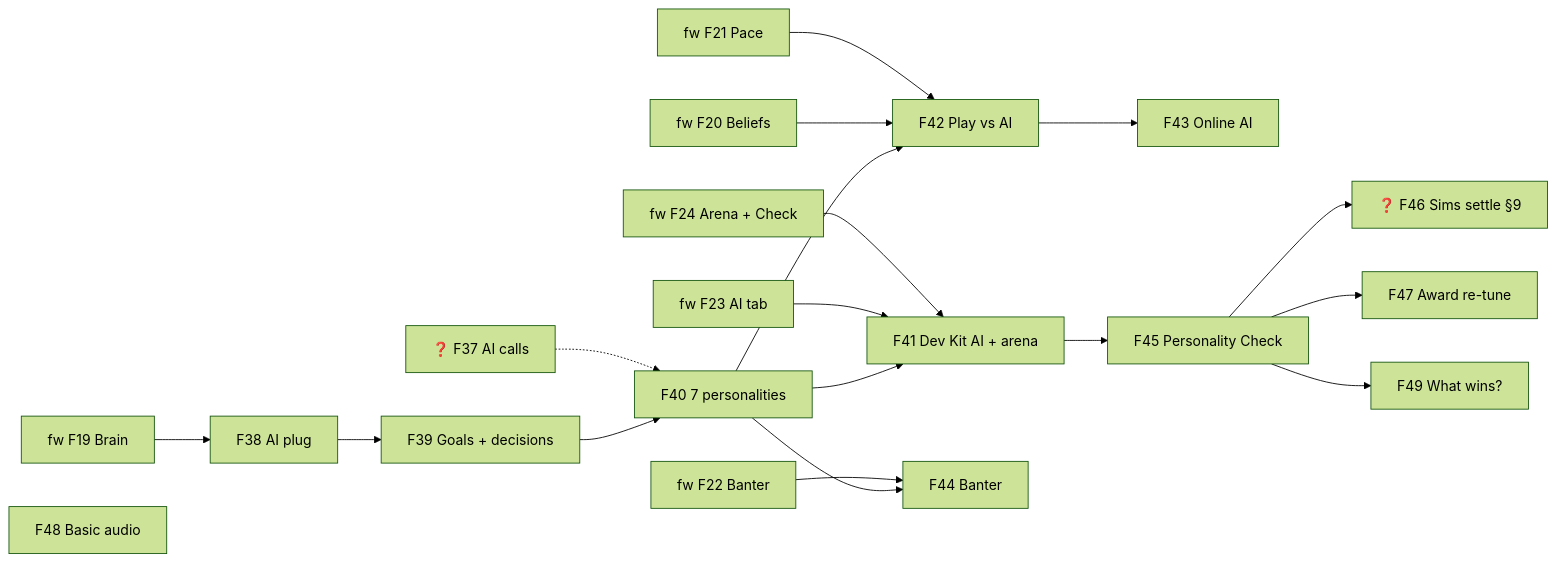
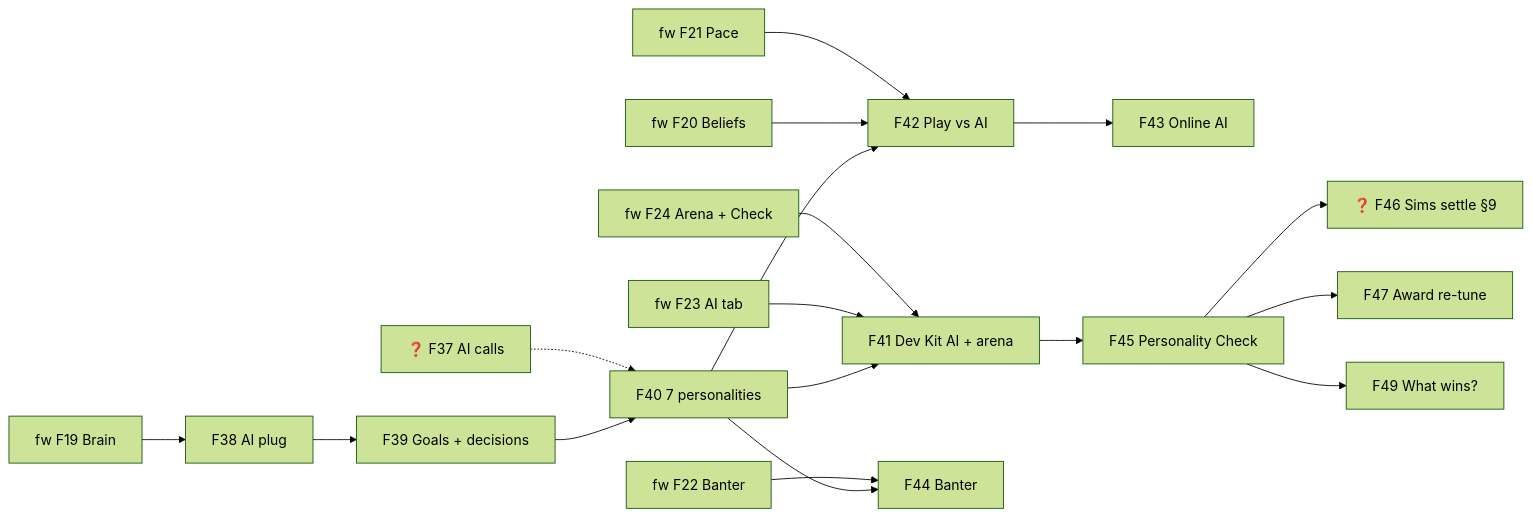
Before and after one commit to TheBlueMuzzy/glyphtender: the seventh of 7 diagrams in .planning/ROADMAP.md, drawn with Mermaid (forest theme). The commit also changed other lines of this file and 1 other file, not shown here.

Commit message:
STATE + roadmap: Muzzy's play-test, next steps (AI looks human, online AI), emote + audio modules moved to Later

````diff
--- a/.planning/ROADMAP.md
+++ b/.planning/ROADMAP.md
@@ -158,21 +158,20 @@
 ```mermaid
 flowchart LR
   FW19[fw F19 Brain] --> F38[F38 AI plug]
   F38 --> F39[F39 Goals + decisions]
   F39 --> F40[F40 7 personalities]
   F37[❓ F37 AI calls] -.-> F40
   F40 --> F41[F41 Dev Kit AI + arena]
   FW23[fw F23 AI tab] --> F41
   FW24[fw F24 Arena + Check] --> F41
   F40 --> F42[F42 Play vs AI]
   FW20[fw F20 Beliefs] --> F42
   FW21[fw F21 Pace] --> F42
   F42 --> F43[F43 Online AI]
   F40 --> F44[F44 Banter]
   FW22[fw F22 Banter] --> F44
   F41 --> F45[F45 Personality Check]
   F45 --> F46[❓ F46 Sims settle §9]
   F45 --> F47[F47 Award re-tune]
   F45 --> F49[F49 What wins?]
-  F48[F48 Basic audio]
 ```
````
